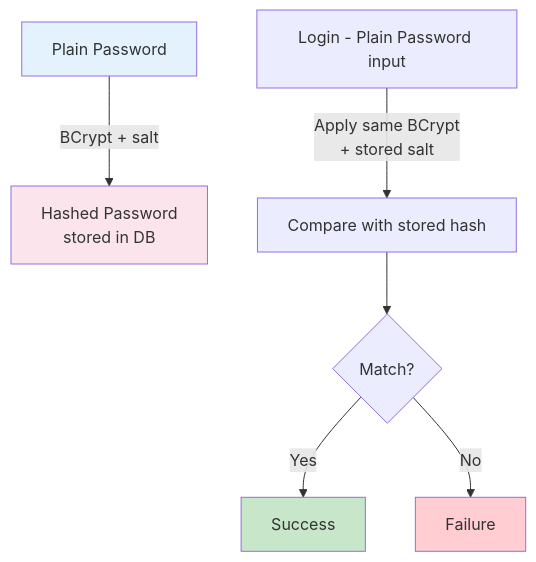
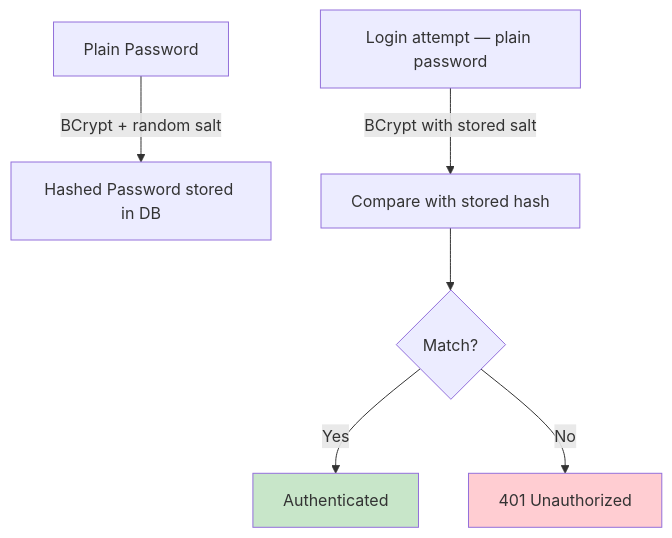
Before and after one commit to Keglev/stockease: the second of 3 diagrams in docs/architecture/patterns/security-patterns.md, drawn with Mermaid. The commit also changed other lines of this file and 45 other files, not shown here.

Commit message:
refactored and reviewed all architecture docs; fix broken links in .html file for displaying the docs

````diff
--- a/docs/architecture/patterns/security-patterns.md
+++ b/docs/architecture/patterns/security-patterns.md
@@ -77,15 +44,11 @@
 ```mermaid
 graph TD
-    A[Plain Password] -->|BCrypt + salt| B[Hashed Password<br/>stored in DB]
-    
-    C[Login - Plain Password input] -->|Apply same BCrypt<br/>+ stored salt| D[Compare with stored hash]
-    
+    A[Plain Password] -->|BCrypt + random salt| B[Hashed Password stored in DB]
+    C[Login attempt — plain password] -->|BCrypt with stored salt| D[Compare with stored hash]
     D --> E{Match?}
-    E -->|Yes| F[Success]
-    E -->|No| G[Failure]
-    
-    style A fill:#e3f2fd
-    style B fill:#fce4ec
+    E -->|Yes| F[Authenticated]
+    E -->|No| G[401 Unauthorized]
+
     style F fill:#c8e6c9
     style G fill:#ffcdd2
 ```
````
